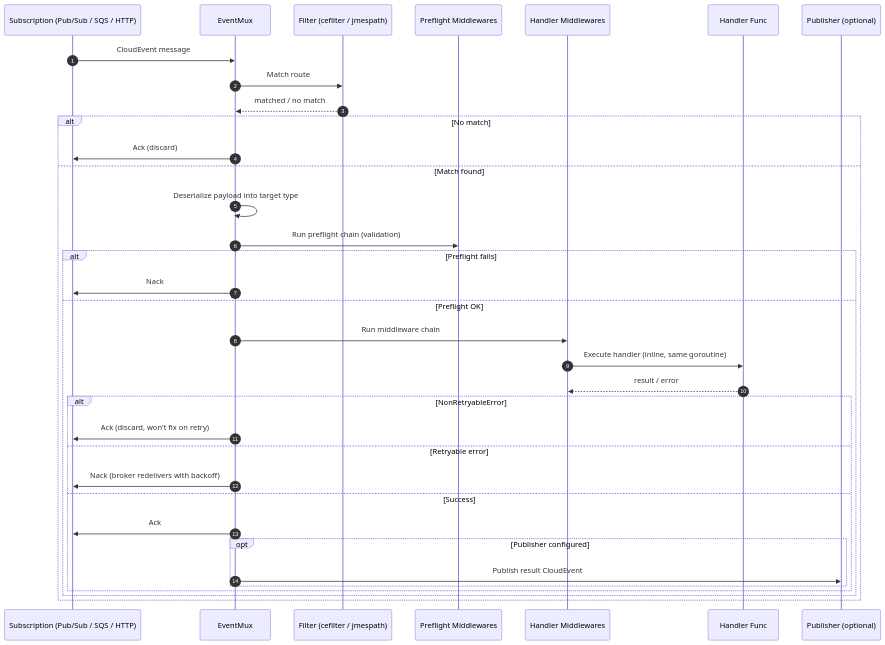
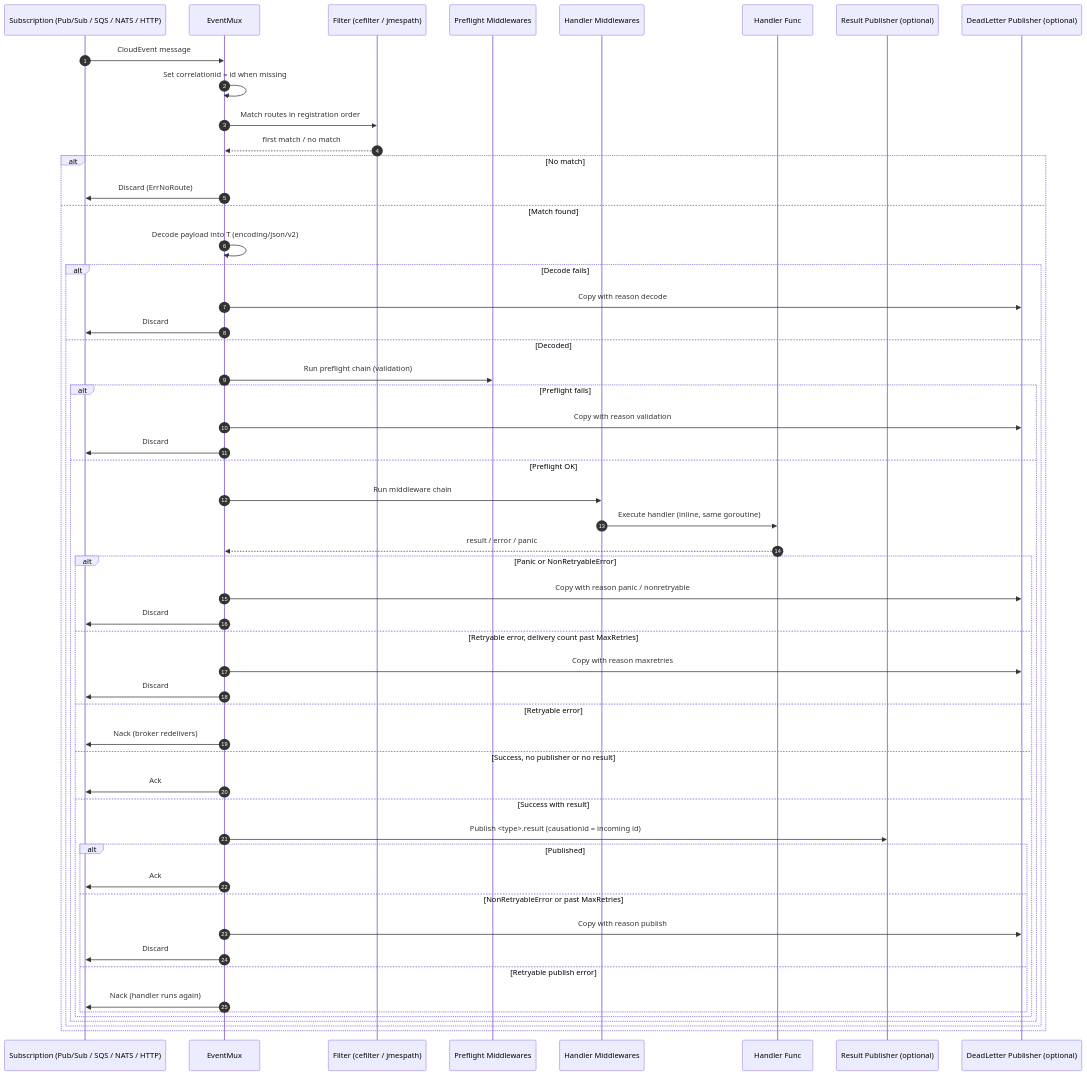
One commit to norlis/event-driven changed the second of 2 diagrams in README.md. Above: the diagram before and after it, drawn with Mermaid. The commit also changed other lines of this file and 139 other files, not shown here.

First line of the commit message:
feat!: v2 — Go 1.27, lifecycle kit, dead-letter policy and SNS structured fallback

````diff
--- a/README.md
+++ b/README.md
@@ -109,40 +158,59 @@
 ```mermaid
 sequenceDiagram
     autonumber
-    participant Broker as Subscription (Pub/Sub / SQS / HTTP)
+    participant Broker as Subscription (Pub/Sub / SQS / NATS / HTTP)
     participant Mux as EventMux
     participant Filter as Filter (cefilter / jmespath)
     participant Preflight as Preflight Middlewares
     participant MW as Handler Middlewares
     participant Handler as Handler Func
-    participant Pub as Publisher (optional)
+    participant Pub as Result Publisher (optional)
+    participant DLQ as DeadLetter Publisher (optional)
 
     Broker->>Mux: CloudEvent message
-    Mux->>Filter: Match route
-    Filter-->>Mux: matched / no match
+    Mux->>Mux: Set correlationid = id when missing
+    Mux->>Filter: Match routes in registration order
+    Filter-->>Mux: first match / no match
 
     alt No match
-        Mux->>Broker: Ack (discard)
+        Mux->>Broker: Discard (ErrNoRoute)
     else Match found
-        Mux->>Mux: Deserialize payload into target type
-        Mux->>Preflight: Run preflight chain (validation)
-        alt Preflight fails
-            Mux->>Broker: Nack
-        else Preflight OK
-            Mux->>MW: Run middleware chain
-            MW->>Handler: Execute handler (inline, same goroutine)
-            Handler-->>MW: result / error
+        Mux->>Mux: Decode payload into T (encoding/json/v2)
+        alt Decode fails
+            Mux->>DLQ: Copy with reason decode
+            Mux->>Broker: Discard
+        else Decoded
+            Mux->>Preflight: Run preflight chain (validation)
+            alt Preflight fails
+                Mux->>DLQ: Copy with reason validation
+                Mux->>Broker: Discard
+            else Preflight OK
+                Mux->>MW: Run middleware chain
+                MW->>Handler: Execute handler (inline, same goroutine)
+                Handler-->>Mux: result / error / panic
 
-            alt NonRetryableError
-                Mux->>Broker: Ack (discard, won't fix on retry)
-            else Retryable error
-                Mux->>Broker: Nack (broker redelivers with backoff)
-            else Success
-                Mux->>Broker: Ack
-                opt Publisher configured
-                    Mux->>Pub: Publish result CloudEvent
+                alt Panic or NonRetryableError
+                    Mux->>DLQ: Copy with reason panic / nonretryable
+                    Mux->>Broker: Discard
+                else Retryable error, delivery count past MaxRetries
+                    Mux->>DLQ: Copy with reason maxretries
+                    Mux->>Broker: Discard
+                else Retryable error
+                    Mux->>Broker: Nack (broker redelivers)
+                else Success, no publisher or no result
+                    Mux->>Broker: Ack
+                else Success with result
+                    Mux->>Pub: Publish #lt;type#gt;.result (causationid = incoming id)
+                    alt Published
+                        Mux->>Broker: Ack
+                    else NonRetryableError or past MaxRetries
+                        Mux->>DLQ: Copy with reason publish
+                        Mux->>Broker: Discard
+                    else Retryable publish error
+                        Mux->>Broker: Nack (handler runs again)
+                    end
                 end
             end
         end
     end
 ```
````
